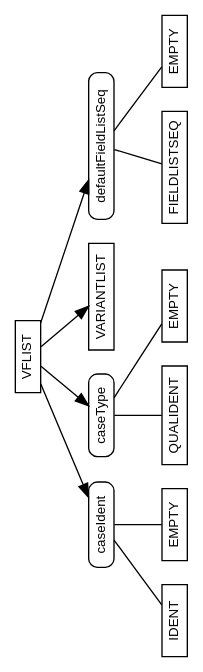
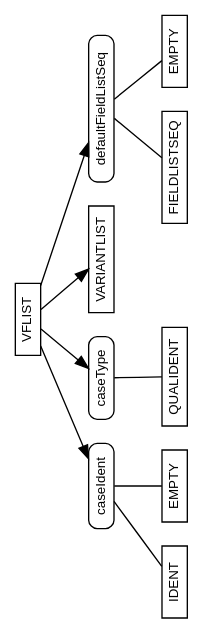
The diagram in vflist.dot (m2sf/M2-AST-Node-Diagrams), drawn with Graphviz before and after one commit.

Commit message:
correction

```diff
--- a/vflist.dot
+++ b/vflist.dot
@@ -1,78 +1,77 @@
 /* AST node diagram generator script collection for M2C, M2J and M2Sharp.
  *
  * Copyright (c) 2016 The Modula-2 Software Foundation
  *
  * Author & Maintainer: Benjamin Kowarsch <org.m2sf>
  *
  * @synopsis
  *
  * The M2C, M2J and M2Sharp compilers are multi-dialect Modula-2 translators
  * and compilers respectively targeting C99, Java/JVM and C#/CLR, sharing a
  * common abstract syntax tree (AST) specification.
  *
  * The AST node diagram generator script collection consists of Graphviz DOT
  * descriptions for all AST node types of the common AST specification.
  *
  * The Graphviz dot utility is required to generate the diagrams. 
  * It may be obtained from http://www.graphviz.org/download.php.
  *
  * @repository
  *
  * https://github.com/m2sf/m2-ast-node-diagrams
  *
  * @file
  *
  * vflist.dot
  *
  * VFLIST node diagram.
  *
  * Usage: $ dot vflist.dot -Tps > vflist.ps
  *
  * @license
  *
  * This is free software: you can redistribute and/or modify it under the
  * terms of the GNU Lesser General Public License (LGPL) either version 2.1
  * or at your choice version 3 as published by the Free Software Foundation.
  * However, you may not alter the copyright, author and license information.
  *
  * It is distributed in the hope that it will be useful,  but WITHOUT
  * ANY WARRANTY; without even the implied warranty of MERCHANTABILITY or
  * FITNESS FOR A PARTICULAR PURPOSE.  Read the license for more details.
  *
  * You should have received a copy of the GNU Lesser General Public License.
  * If not, see <https://www.gnu.org/copyleft/lesser.html>.
  *
  * NB: Components in the domain part of email addresses are in reverse order.
  */
 
 /*** VFLIST Node ***/
 
 digraph VFLIST {
   graph [orientation=landscape,fontname=helvetica];
   node [fontname=helvetica,fontsize=10,shape=box,height=0.25];
   
   node [style=solid];
   edge [arrowhead=normal];
   
   VFLIST -> { id0 id1 id2 id3 };
   id0 [label="caseIdent",style=rounded];
   id1 [label="caseType",style=rounded];
   id2 [label="VARIANTLIST"];
   id3 [label="defaultFieldListSeq",style=rounded];
   
   edge [arrowhead=none];
   
   id0 -> { id4 id5 };
   id4 [label="IDENT"];
   id5 [label="EMPTY"];
   
-  id1 -> { id6 id7 };
+  id1 -> id6;
   id6 [label="QUALIDENT"];
-  id7 [label="EMPTY"];
   
-  id3 -> { id8 id9 };
-  id8 [label="FIELDLISTSEQ"];
-  id9 [label="EMPTY"];
+  id3 -> { id7 id8 };
+  id7 [label="FIELDLISTSEQ"];
+  id8 [label="EMPTY"];
 }
 
 /* END OF FILE */
```
